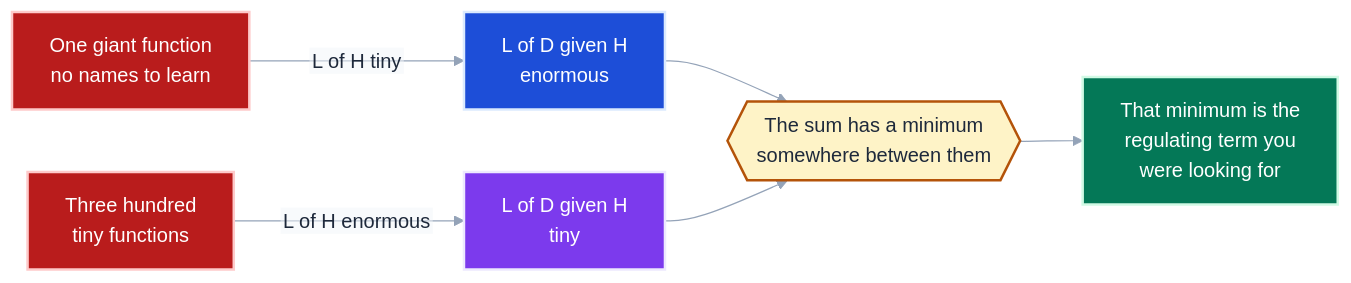
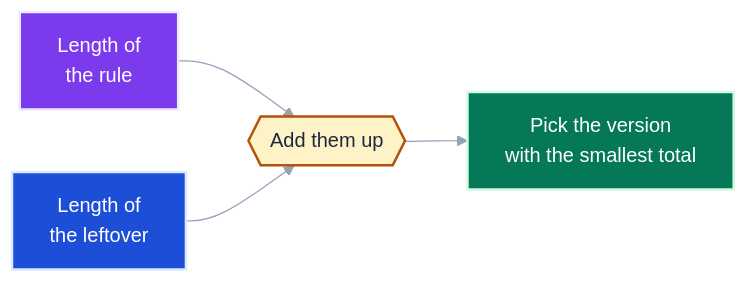
The fourth of 6 diagrams in docs/plans/maintainability/description-length.md (neozenith/pytest-xharness-eval), drawn with Mermaid before and after one commit. The commit also changed other lines of this file and 5 other files, not shown here.

````diff
--- a/docs/plans/maintainability/description-length.md
+++ b/docs/plans/maintainability/description-length.md
@@ -106,16 +250,14 @@
 ```mermaid
 %%{init: {"theme":"base","flowchart":{"htmlLabels":false},"themeVariables":{"primaryTextColor":"#1e293b","textColor":"#1e293b","lineColor":"#94a3b8","edgeLabelBackground":"#f1f5f9"}}}%%
 flowchart LR
-    A["One giant function<br/>no names to learn"]:::warning -->|"L of H tiny"| B["L of D given H<br/>enormous"]:::residual
-    C["Three hundred<br/>tiny functions"]:::warning -->|"L of H enormous"| D["L of D given H<br/>tiny"]:::model
-    B --> E{{"The sum has a minimum<br/>somewhere between them"}}:::total
-    D --> E
-    E --> F["That minimum is the<br/>regulating term you<br/>were looking for"]:::code
+    A["Length of<br/>the rule"]:::rule --> S{{"Add them up"}}:::total
+    B["Length of<br/>the leftover"]:::leftover --> S
+    S --> C["Pick the version<br/>with the smallest total"]:::good
 
-    classDef model fill:#7c3aed,stroke:#ede9fe,color:#ffffff,stroke-width:2px
-    classDef residual fill:#1d4ed8,stroke:#dbeafe,color:#ffffff,stroke-width:2px
+    classDef rule fill:#7c3aed,stroke:#ede9fe,color:#ffffff,stroke-width:2px
+    classDef leftover fill:#1d4ed8,stroke:#dbeafe,color:#ffffff,stroke-width:2px
     classDef total fill:#fef3c7,stroke:#b45309,color:#1e293b,stroke-width:2px
     classDef formal fill:#334155,stroke:#cbd5e1,color:#ffffff,stroke-width:2px
-    classDef code fill:#047857,stroke:#d1fae5,color:#ffffff,stroke-width:2px
+    classDef good fill:#047857,stroke:#d1fae5,color:#ffffff,stroke-width:2px
     classDef warning fill:#b91c1c,stroke:#fecaca,color:#ffffff,stroke-width:2px
 ```
````
